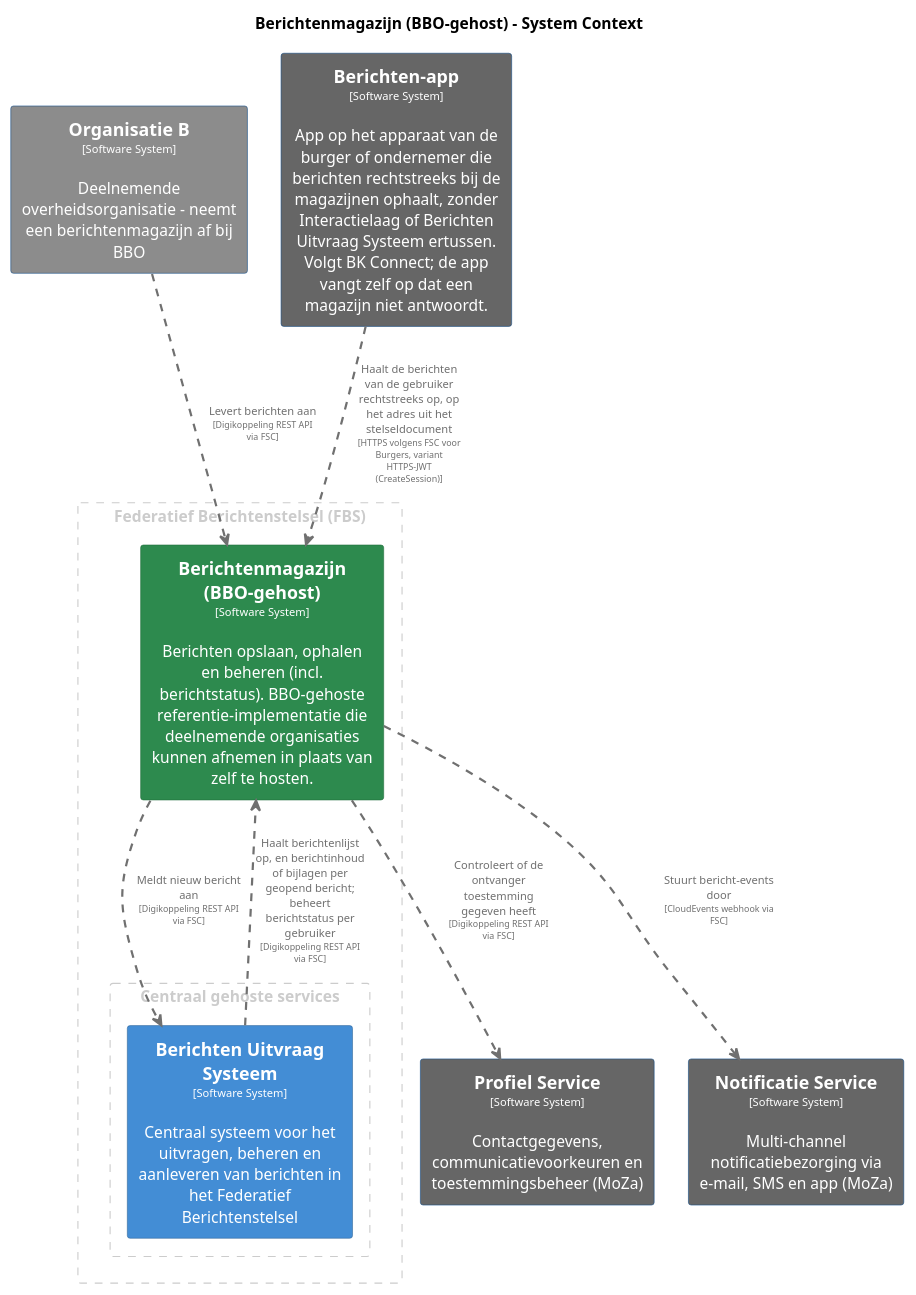
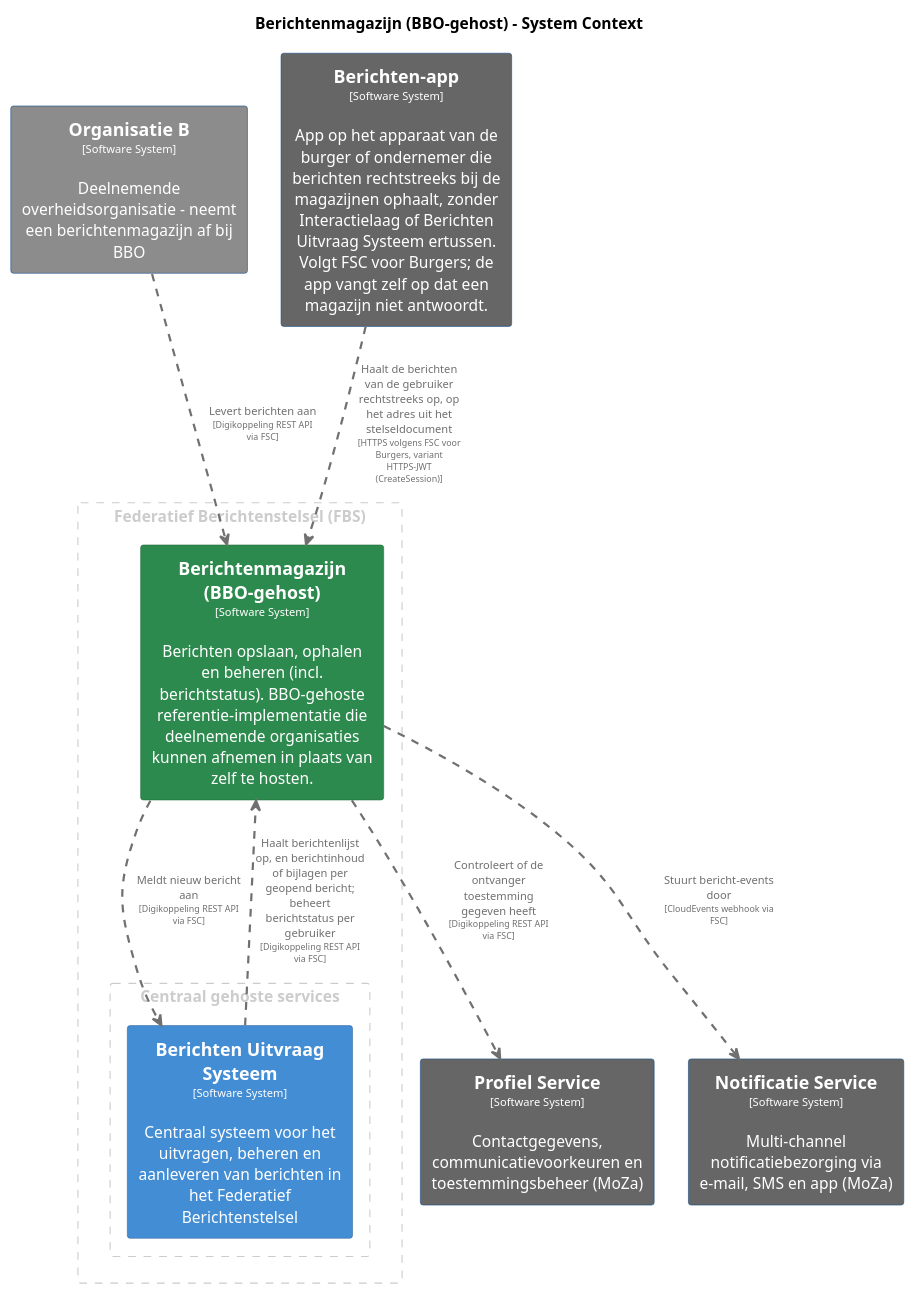
The diagram in pr-preview/pr-410/master/puml/Berichtenmagazijn.puml (MinBZK/moza-poc-fbs-berichtenbox), drawn with PlantUML before and after one commit. The commit also changed 45 other files, not shown here.

```diff
--- a/pr-preview/pr-410/master/puml/Berichtenmagazijn.puml
+++ b/pr-preview/pr-410/master/puml/Berichtenmagazijn.puml
@@ -1,82 +1,82 @@
 @startuml
 set separator none
 title Berichtenmagazijn (BBO-gehost) - System Context
 
 top to bottom direction
 skinparam ranksep 60
 skinparam nodesep 30
 
 skinparam {
   arrowFontSize 10
   defaultTextAlignment center
   wrapWidth 200
   maxMessageSize 100
 }
 
 hide stereotype
 
 skinparam rectangle<<BerichtenUitvraagSysteem>> {
   BackgroundColor #438dd5
   FontColor #ffffff
   BorderColor #2e6295
   shadowing false
 }
 skinparam rectangle<<Berichtenapp>> {
   BackgroundColor #666666
   FontColor #ffffff
   BorderColor #0b4884
   shadowing false
 }
 skinparam rectangle<<BerichtenmagazijnBBOgehost>> {
   BackgroundColor #2d8a4e
   FontColor #ffffff
   BorderColor #1e6b38
   shadowing false
 }
 skinparam rectangle<<NotificatieService>> {
   BackgroundColor #666666
   FontColor #ffffff
   BorderColor #0b4884
   shadowing false
 }
 skinparam rectangle<<OrganisatieB>> {
   BackgroundColor #8c8c8c
   FontColor #ffffff
   BorderColor #0b4884
   shadowing false
 }
 skinparam rectangle<<ProfielService>> {
   BackgroundColor #666666
   FontColor #ffffff
   BorderColor #0b4884
   shadowing false
 }
 
 rectangle "Federatief Berichtenstelsel (FBS)" <<group1>> as group1 {
   skinparam RectangleBorderColor<<group1>> #cccccc
   skinparam RectangleFontColor<<group1>> #cccccc
   skinparam RectangleBorderStyle<<group1>> dashed
 
   rectangle "==Berichtenmagazijn (BBO-gehost)\n<size:10>[Software System]</size>\n\nBerichten opslaan, ophalen en beheren (incl. berichtstatus). BBO-gehoste referentie-implementatie die deelnemende organisaties kunnen afnemen in plaats van zelf te hosten." <<BerichtenmagazijnBBOgehost>> as BerichtenmagazijnBBOgehost
     rectangle "Centraal gehoste services" <<group2>> as group2 {
       skinparam RectangleBorderColor<<group2>> #cccccc
       skinparam RectangleFontColor<<group2>> #cccccc
       skinparam RectangleBorderStyle<<group2>> dashed
 
       rectangle "==Berichten Uitvraag Systeem\n<size:10>[Software System]</size>\n\nCentraal systeem voor het uitvragen, beheren en aanleveren van berichten in het Federatief Berichtenstelsel" <<BerichtenUitvraagSysteem>> as BerichtenUitvraagSysteem
     }
 
 }
 
 rectangle "==Organisatie B\n<size:10>[Software System]</size>\n\nDeelnemende overheidsorganisatie - neemt een berichtenmagazijn af bij BBO" <<OrganisatieB>> as OrganisatieB
+rectangle "==Berichten-app\n<size:10>[Software System]</size>\n\nApp op het apparaat van de burger of ondernemer die berichten rechtstreeks bij de magazijnen ophaalt, zonder Interactielaag of Berichten Uitvraag Systeem ertussen. Volgt FSC voor Burgers; de app vangt zelf op dat een magazijn niet antwoordt." <<Berichtenapp>> as Berichtenapp
 rectangle "==Profiel Service\n<size:10>[Software System]</size>\n\nContactgegevens, communicatievoorkeuren en toestemmingsbeheer (MoZa)" <<ProfielService>> as ProfielService
 rectangle "==Notificatie Service\n<size:10>[Software System]</size>\n\nMulti-channel notificatiebezorging via e-mail, SMS en app (MoZa)" <<NotificatieService>> as NotificatieService
-rectangle "==Berichten-app\n<size:10>[Software System]</size>\n\nApp op het apparaat van de burger of ondernemer die berichten rechtstreeks bij de magazijnen ophaalt, zonder Interactielaag of Berichten Uitvraag Systeem ertussen. Volgt BK Connect; de app vangt zelf op dat een magazijn niet antwoordt." <<Berichtenapp>> as Berichtenapp
 
 Berichtenapp .[#707070,thickness=2].> BerichtenmagazijnBBOgehost : "<color:#707070>Haalt de berichten van de gebruiker rechtstreeks op, op het adres uit het stelseldocument\n<color:#707070><size:8>[HTTPS volgens FSC voor Burgers, variant HTTPS-JWT (CreateSession)]</size>"
 BerichtenUitvraagSysteem .[#707070,thickness=2].> BerichtenmagazijnBBOgehost : "<color:#707070>Haalt berichtenlijst op, en berichtinhoud of bijlagen per geopend bericht; beheert berichtstatus per gebruiker\n<color:#707070><size:8>[Digikoppeling REST API via FSC]</size>"
 BerichtenmagazijnBBOgehost .[#707070,thickness=2].> BerichtenUitvraagSysteem : "<color:#707070>Meldt nieuw bericht aan\n<color:#707070><size:8>[Digikoppeling REST API via FSC]</size>"
 BerichtenmagazijnBBOgehost .[#707070,thickness=2].> NotificatieService : "<color:#707070>Stuurt bericht-events door\n<color:#707070><size:8>[CloudEvents webhook via FSC]</size>"
 OrganisatieB .[#707070,thickness=2].> BerichtenmagazijnBBOgehost : "<color:#707070>Levert berichten aan\n<color:#707070><size:8>[Digikoppeling REST API via FSC]</size>"
 BerichtenmagazijnBBOgehost .[#707070,thickness=2].> ProfielService : "<color:#707070>Controleert of de ontvanger toestemming gegeven heeft\n<color:#707070><size:8>[Digikoppeling REST API via FSC]</size>"
 @enduml
```
